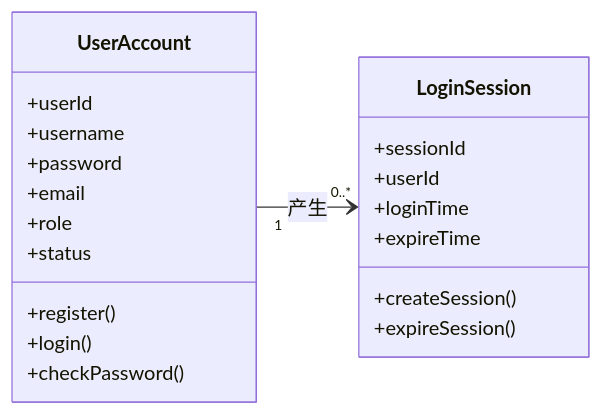
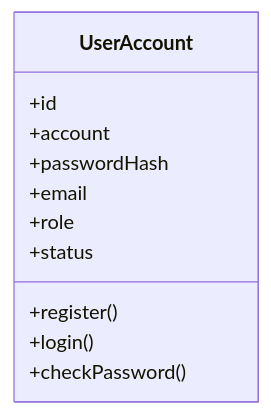
The first of 4 diagrams in docs/领域建模.md (Able034/smart-resume-platform), drawn with Mermaid before and after one commit. The commit also changed other lines of this file and 176 other files, not shown here.

````diff
--- a/docs/领域建模.md
+++ b/docs/领域建模.md
@@ -37,27 +40,16 @@
 ```mermaid
 classDiagram
 direction LR
 
 class UserAccount {
-  +userId
-  +username
-  +password
+  +id
+  +account
+  +passwordHash
   +email
   +role
   +status
   +register()
   +login()
   +checkPassword()
 }
-
-class LoginSession {
-  +sessionId
-  +userId
-  +loginTime
-  +expireTime
-  +createSession()
-  +expireSession()
-}
-
-UserAccount "1" --> "0..*" LoginSession : 产生
 ```
````
